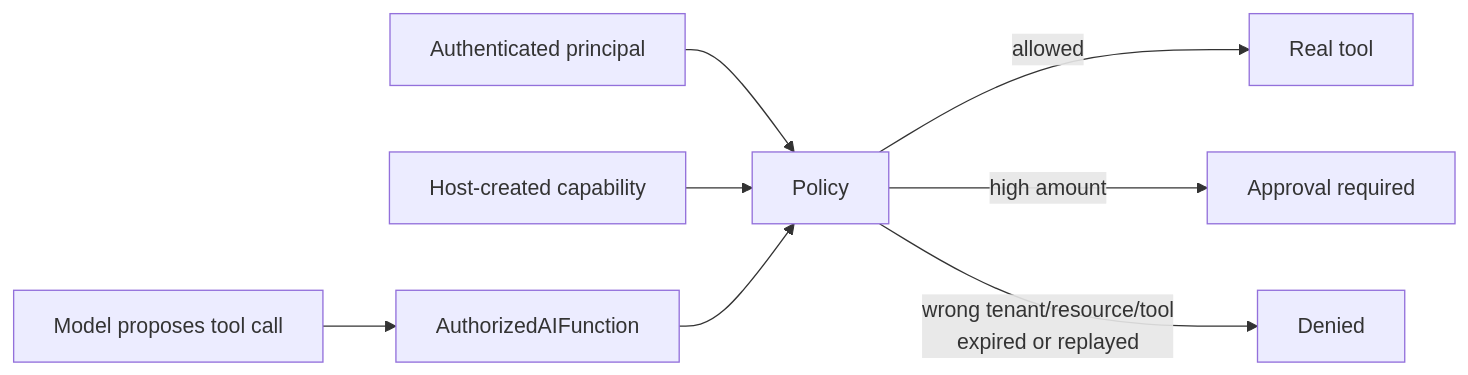
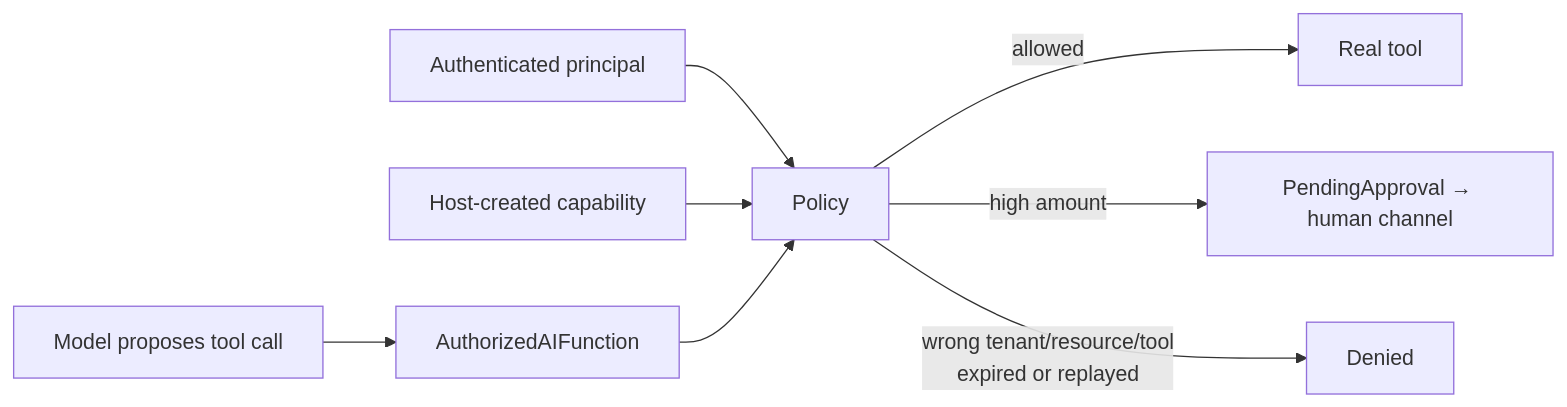
One commit to arst/agentic-patterns changed the diagram in PatternExplorer/patterns/ToolAuthorization.md. Above: the diagram before and after it, drawn with Mermaid. The commit also changed other lines of this file and 6 other files, not shown here.

First line of the commit message:
fix(tool-auth): capability commit point, unconditional amount validation, real approval

````diff
--- a/PatternExplorer/patterns/ToolAuthorization.md
+++ b/PatternExplorer/patterns/ToolAuthorization.md
@@ -39,10 +53,10 @@
 ```mermaid
 flowchart LR
     M[Model proposes tool call] --> W[AuthorizedAIFunction]
     P[Authenticated principal] --> A[Policy]
     C[Host-created capability] --> A
     W --> A
     A -->|allowed| T[Real tool]
-    A -->|high amount| H[Approval required]
+    A -->|high amount| H[PendingApproval → human channel]
     A -->|wrong tenant/resource/tool<br/>expired or replayed| D[Denied]
 ```
````
